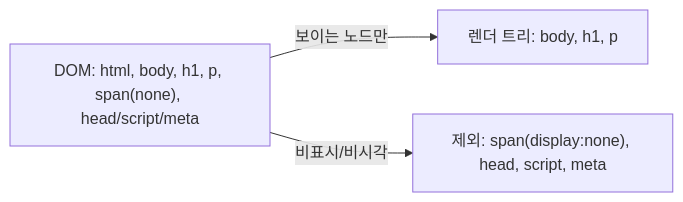
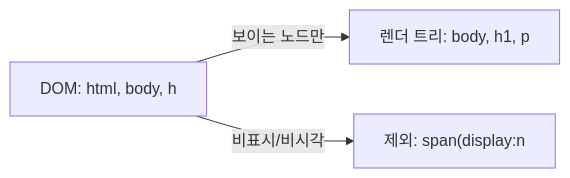
The fourth of 8 diagrams in _posts/frontend/2026-05-01-browser-rendering.md (yjkim2015/yjkim2015.github.io), drawn with Mermaid before and after one commit. The commit also changed other lines of this file and 271 other files, not shown here.

First line of the commit message:
Mermaid 라벨 축소: 긴 노드 텍스트 18자 이하로 트림 + \n 제거

````diff
--- a/_posts/frontend/2026-05-01-browser-rendering.md
+++ b/_posts/frontend/2026-05-01-browser-rendering.md
@@ -183,8 +183,8 @@
 ```mermaid
 flowchart LR
-    DOM["DOM: html, body, h1, p, span(none), head/script/meta"]
+    DOM["DOM: html, body, h"]
     RT["렌더 트리: body, h1, p"]
-    EXCL["제외: span(display:none), head, script, meta"]
+    EXCL["제외: span(display:n"]
     DOM -->|"보이는 노드만"| RT
     DOM -->|"비표시/비시각"| EXCL
 ```
````
